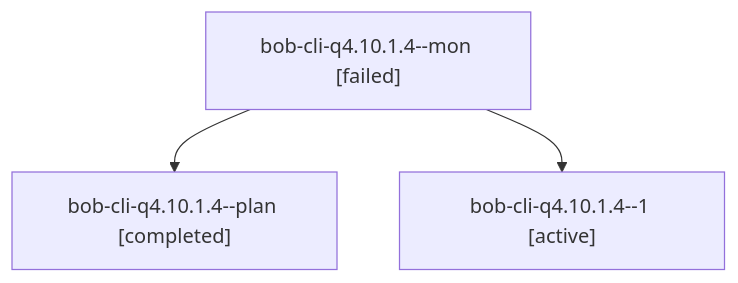
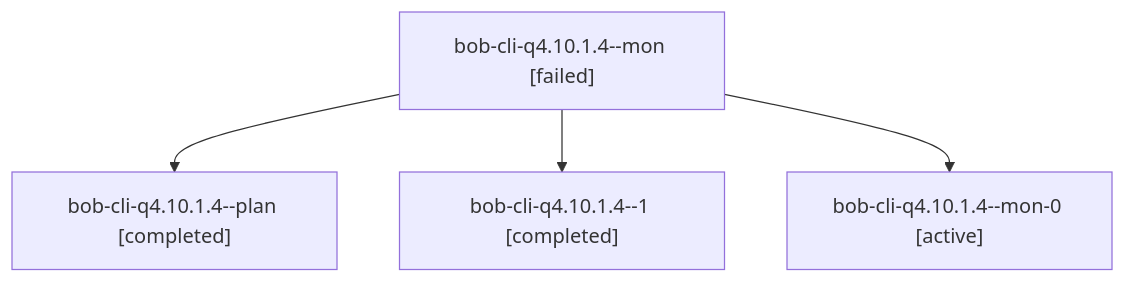
Before and after one commit to bobs-org/bob-cli--agents: the diagram in sessions/bbugyi200.athena.bob-cli-q4.10.1.4.md, drawn with Mermaid. The commit also changed other lines of this file and 99 other files, not shown here.

````diff
--- a/sessions/bbugyi200.athena.bob-cli-q4.10.1.4.md
+++ b/sessions/bbugyi200.athena.bob-cli-q4.10.1.4.md
@@ -9,8 +9,10 @@
 ```mermaid
 flowchart TD
   n0["bob-cli-q4.10.1.4--mon [failed]"]
   n1["bob-cli-q4.10.1.4--plan [completed]"]
   n0 --> n1
-  n2["bob-cli-q4.10.1.4--1 [active]"]
+  n2["bob-cli-q4.10.1.4--1 [completed]"]
   n0 --> n2
+  n3["bob-cli-q4.10.1.4--mon-0 [active]"]
+  n0 --> n3
 ```
````
